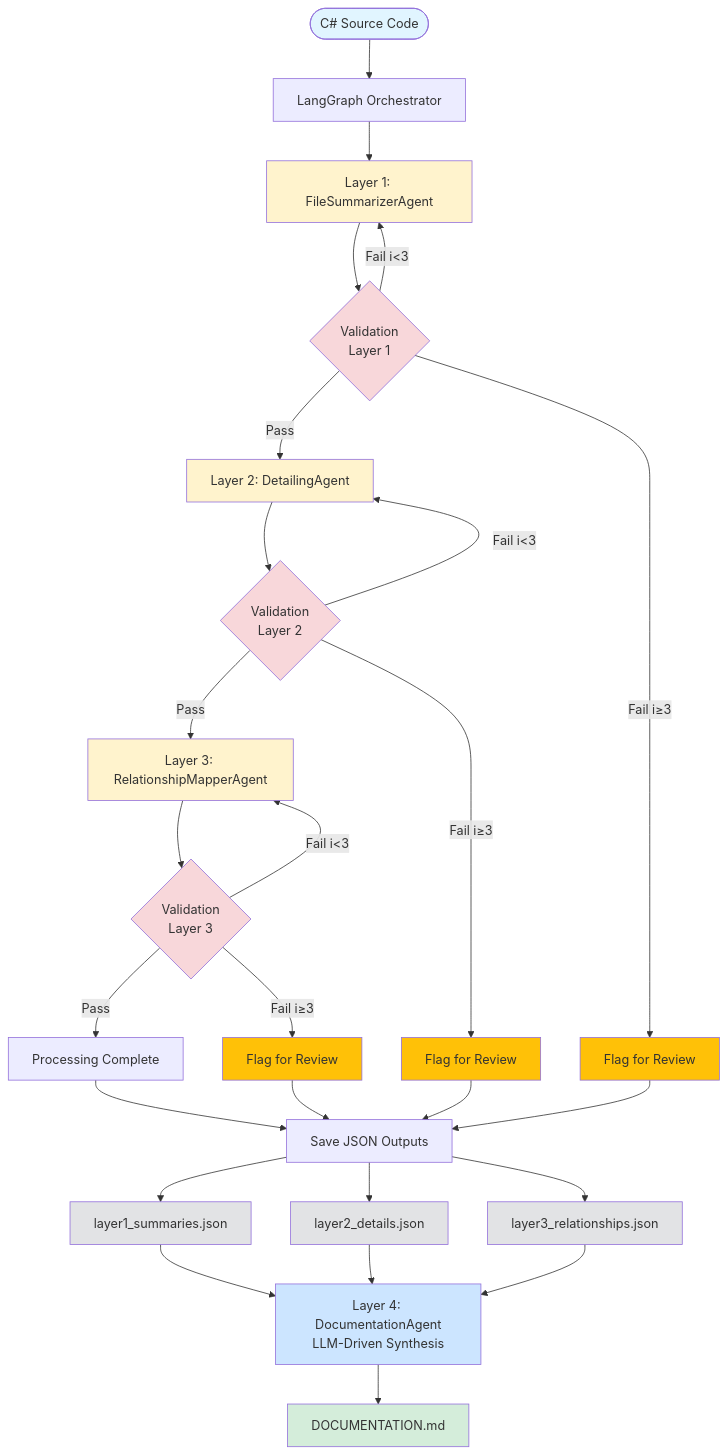
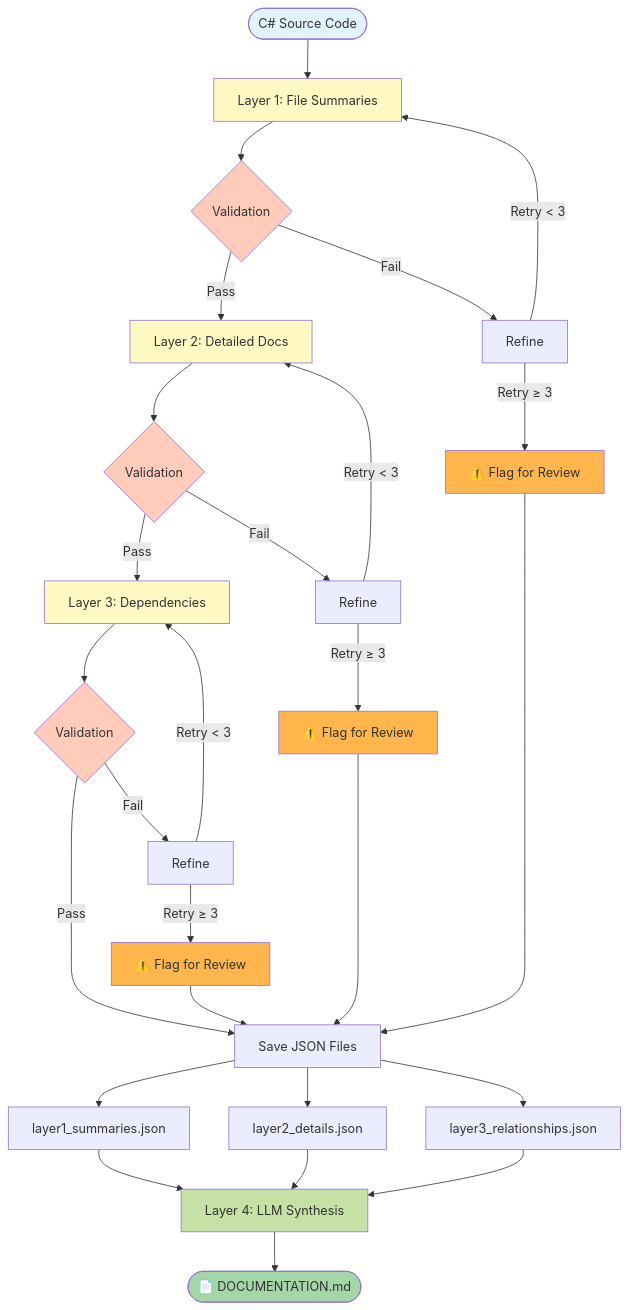
Before and after one commit to axp1277/ai-dev-environment: the diagram in src/modules/docugen/README.md, drawn with Mermaid. The commit also changed other lines of this file and 1 other file, not shown here.

First line of the commit message:
docs: improve README with workflow diagram and CLI usage (v0.3.0 → v0.3.1)

````diff
--- a/src/modules/docugen/README.md
+++ b/src/modules/docugen/README.md
@@ -36,51 +182,49 @@
 ```mermaid
-flowchart TB
-    Start([C# Source Code]) --> Orchestrator[LangGraph Orchestrator]
+graph TB
+    Start([C# Source Code]) --> L1[Layer 1: File Summaries]
 
-    Orchestrator --> L1[Layer 1: FileSummarizerAgent]
-    L1 --> V1{Validation<br/>Layer 1}
-    V1 -->|Pass| L2[Layer 2: DetailingAgent]
-    V1 -->|Fail i<3| L1
-    V1 -->|Fail i≥3| Flag1[Flag for Review]
+    L1 --> V1{Validation}
+    V1 -->|Pass| L2[Layer 2: Detailed Docs]
+    V1 -->|Fail| R1[Refine]
+    R1 -->|Retry < 3| L1
+    R1 -->|Retry ≥ 3| Flag1[⚠️ Flag for Review]
 
-    L2 --> V2{Validation<br/>Layer 2}
-    V2 -->|Pass| L3[Layer 3: RelationshipMapperAgent]
-    V2 -->|Fail i<3| L2
-    V2 -->|Fail i≥3| Flag2[Flag for Review]
+    L2 --> V2{Validation}
+    V2 -->|Pass| L3[Layer 3: Dependencies]
+    V2 -->|Fail| R2[Refine]
+    R2 -->|Retry < 3| L2
+    R2 -->|Retry ≥ 3| Flag2[⚠️ Flag for Review]
 
-    L3 --> V3{Validation<br/>Layer 3}
-    V3 -->|Pass| Complete[Processing Complete]
-    V3 -->|Fail i<3| L3
-    V3 -->|Fail i≥3| Flag3[Flag for Review]
+    L3 --> V3{Validation}
+    V3 -->|Pass| JSON[Save JSON Files]
+    V3 -->|Fail| R3[Refine]
+    R3 -->|Retry < 3| L3
+    R3 -->|Retry ≥ 3| Flag3[⚠️ Flag for Review]
 
-    Complete --> Save[Save JSON Outputs]
-    Flag1 --> Save
-    Flag2 --> Save
-    Flag3 --> Save
+    Flag1 --> JSON
+    Flag2 --> JSON
+    Flag3 --> JSON
 
-    Save --> JSON1[layer1_summaries.json]
-    Save --> JSON2[layer2_details.json]
-    Save --> JSON3[layer3_relationships.json]
+    JSON --> J1[layer1_summaries.json]
+    JSON --> J2[layer2_details.json]
+    JSON --> J3[layer3_relationships.json]
 
-    JSON1 --> L4[Layer 4: DocumentationAgent<br/>LLM-Driven Synthesis]
-    JSON2 --> L4
-    JSON3 --> L4
+    J1 --> L4[Layer 4: LLM Synthesis]
+    J2 --> L4
+    J3 --> L4
 
-    L4 --> Output[DOCUMENTATION.md]
+    L4 --> Output([📄 DOCUMENTATION.md])
 
-    style Start fill:#e1f5ff
-    style Output fill:#d4edda
-    style L1 fill:#fff3cd
-    style L2 fill:#fff3cd
-    style L3 fill:#fff3cd
-    style L4 fill:#cce5ff
-    style V1 fill:#f8d7da
-    style V2 fill:#f8d7da
-    style V3 fill:#f8d7da
-    style Flag1 fill:#ffc107
-    style Flag2 fill:#ffc107
-    style Flag3 fill:#ffc107
-    style JSON1 fill:#e2e3e5
-    style JSON2 fill:#e2e3e5
-    style JSON3 fill:#e2e3e5
+    style Start fill:#e3f2fd
+    style L1 fill:#fff9c4
+    style L2 fill:#fff9c4
+    style L3 fill:#fff9c4
+    style L4 fill:#c5e1a5
+    style V1 fill:#ffccbc
+    style V2 fill:#ffccbc
+    style V3 fill:#ffccbc
+    style Output fill:#a5d6a7
+    style Flag1 fill:#ffb74d
+    style Flag2 fill:#ffb74d
+    style Flag3 fill:#ffb74d
 ```
````
